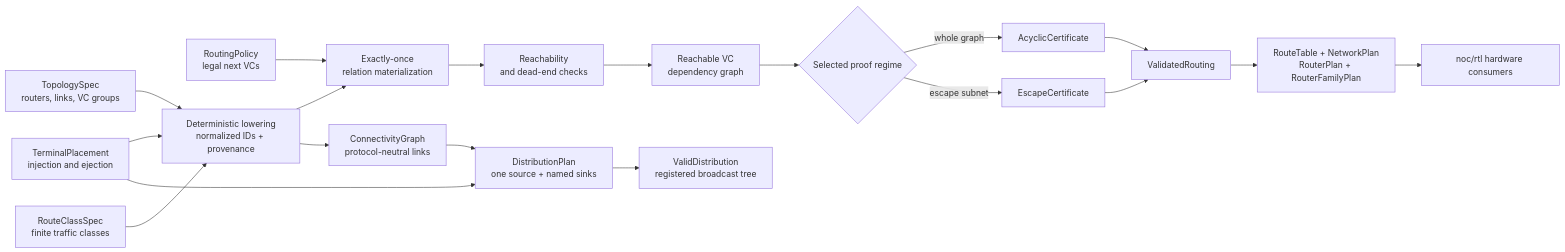
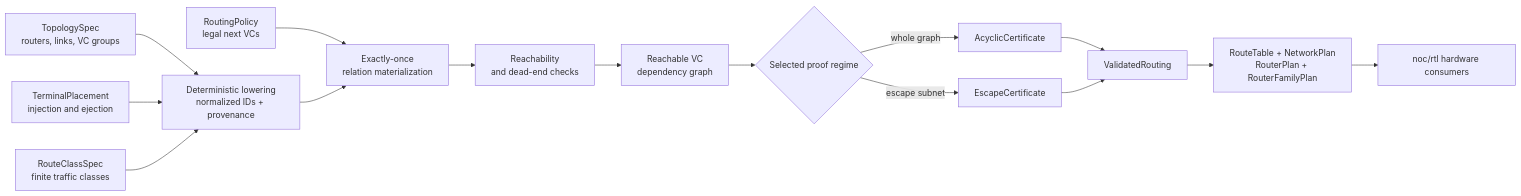
The diagram in noc/README.md (jerryz123/rhdl), drawn with Mermaid before and after one commit. The commit also changed other lines of this file and 36 other files, not shown here.

````diff
--- a/noc/README.md
+++ b/noc/README.md
@@ -19,26 +19,22 @@
 ```mermaid
 flowchart LR
   topology["TopologySpec<br/>routers, links, VC groups"]
   terminals["TerminalPlacement<br/>injection and ejection"]
   routes["RouteClassSpec<br/>finite traffic classes"]
   policy["RoutingPolicy<br/>legal next VCs"]
 
   topology --> lower["Deterministic lowering<br/>normalized IDs + provenance"]
   terminals --> lower
   routes --> lower
   policy --> materialize["Exactly-once<br/>relation materialization"]
   lower --> materialize
   materialize --> reachability["Reachability<br/>and dead-end checks"]
   reachability --> dependencies["Reachable VC<br/>dependency graph"]
   dependencies --> proof{"Selected proof regime"}
   proof -->|whole graph| acyclic["AcyclicCertificate"]
   proof -->|escape subnet| escape["EscapeCertificate"]
   acyclic --> validated["ValidatedRouting"]
   escape --> validated
   validated --> plans["RouteTable + NetworkPlan<br/>RouterPlan + RouterFamilyPlan"]
   plans --> rtl["noc/rtl hardware consumers"]
-  lower --> connectivity["ConnectivityGraph<br/>protocol-neutral links"]
-  terminals --> distribution["DistributionPlan<br/>one source + named sinks"]
-  connectivity --> distribution
-  distribution --> validrtl["ValidDistribution<br/>registered broadcast tree"]
 ```
````
